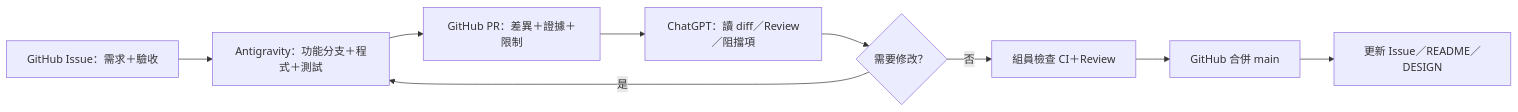
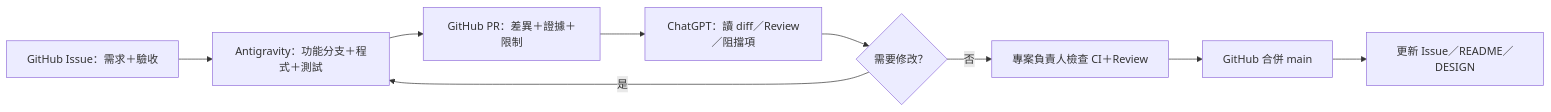
Before and after one commit to sam052003/AirGuard-AI: the diagram in docs/development-workflow.md, drawn with Mermaid. The commit also changed other lines of this file and 6 other files, not shown here.

````diff
--- a/docs/development-workflow.md
+++ b/docs/development-workflow.md
@@ -7,11 +7,11 @@
 ```mermaid
 flowchart LR
   I["GitHub Issue：需求＋驗收"] --> A["Antigravity：功能分支＋程式＋測試"]
   A --> P["GitHub PR：差異＋證據＋限制"]
   P --> R["ChatGPT：讀 diff／Review／阻擋項"]
   R --> D{"需要修改？"}
   D -- 是 --> A
-  D -- 否 --> H["組員檢查 CI＋Review"]
+  D -- 否 --> H["專案負責人檢查 CI＋Review"]
   H --> M["GitHub 合併 main"]
   M --> I2["更新 Issue／README／DESIGN"]
 ```
````
